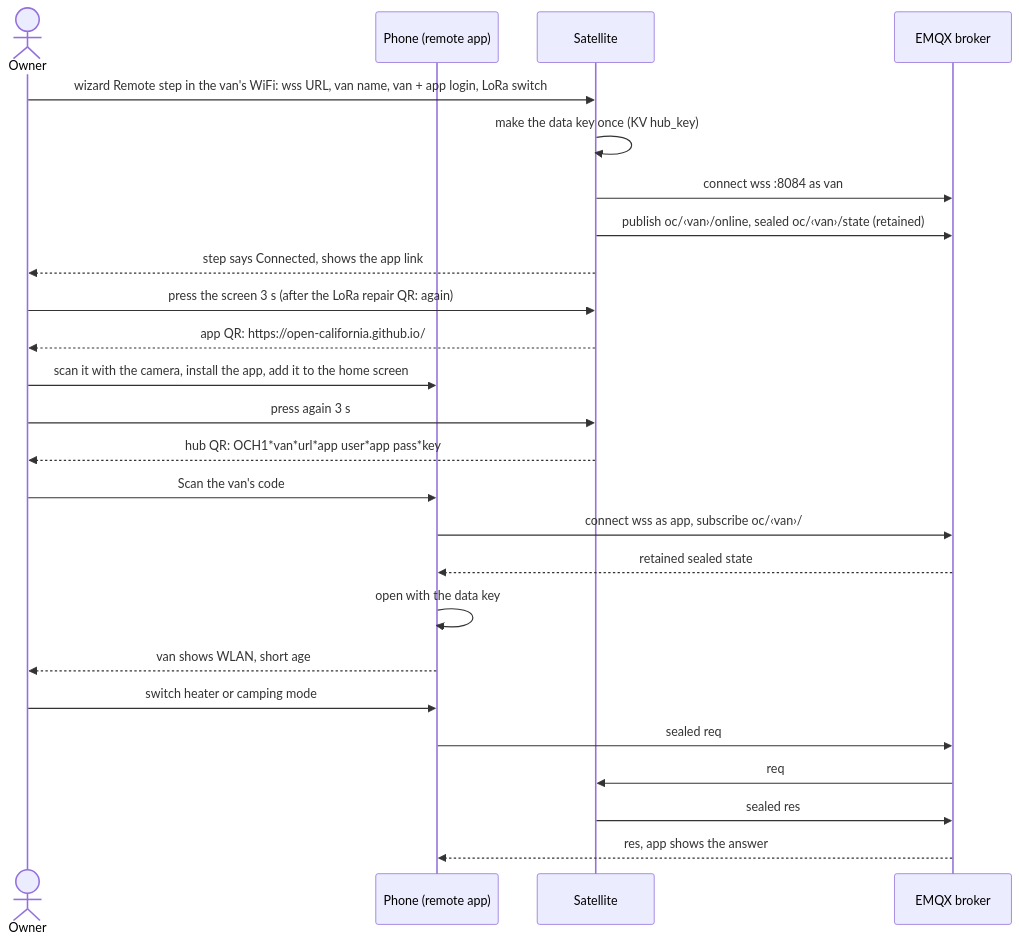
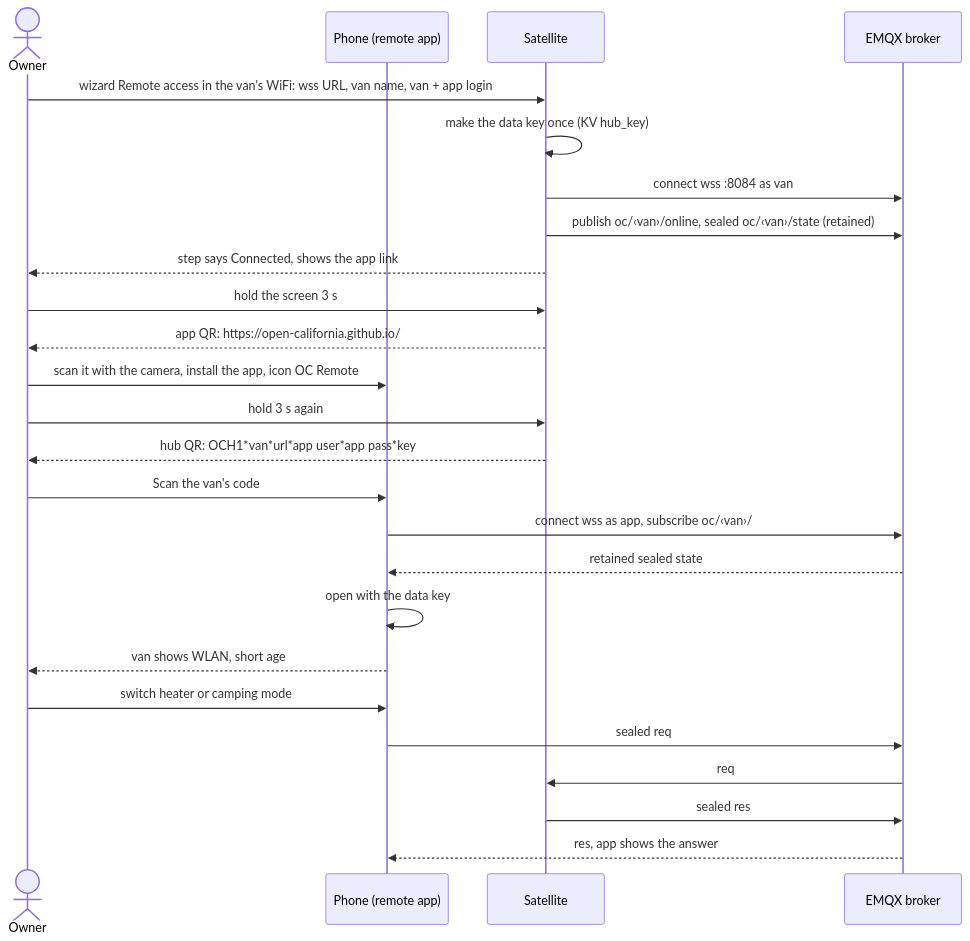
Before and after one commit to ckeller42/open-california: the fourth of 5 diagrams in docs/howto-remote-hub.md, drawn with Mermaid. The commit also changed other lines of this file and 4 other files, not shown here.

First line of the commit message:
docs: onboarding follows the hold cycle, Remote access and New data key

````diff
--- a/docs/howto-remote-hub.md
+++ b/docs/howto-remote-hub.md
@@ -388,28 +405,28 @@
 ```mermaid
 sequenceDiagram
 actor O as Owner
 participant P as Phone (remote app)
 participant E as Satellite
 participant B as EMQX broker
-O->>E: wizard Remote step in the van's WiFi: wss URL, van name, van + app login, LoRa switch
+O->>E: wizard Remote access in the van's WiFi: wss URL, van name, van + app login
 E->>E: make the data key once (KV hub_key)
 E->>B: connect wss :8084 as van
 E->>B: publish oc/‹van›/online, sealed oc/‹van›/state (retained)
 E-->>O: step says Connected, shows the app link
-O->>E: press the screen 3 s (after the LoRa repair QR: again)
+O->>E: hold the screen 3 s
 E-->>O: app QR: https://open-california.github.io/
-O->>P: scan it with the camera, install the app, add it to the home screen
-O->>E: press again 3 s
+O->>P: scan it with the camera, install the app, icon OC Remote
+O->>E: hold 3 s again
 E-->>O: hub QR: OCH1*van*url*app user*app pass*key
 O->>P: Scan the van's code
 P->>B: connect wss as app, subscribe oc/‹van›/#
 B-->>P: retained sealed state
 P->>P: open with the data key
 P-->>O: van shows WLAN, short age
 O->>P: switch heater or camping mode
 P->>B: sealed req
 B->>E: req
 E->>B: sealed res
 B-->>P: res, app shows the answer
 
 ```
````
